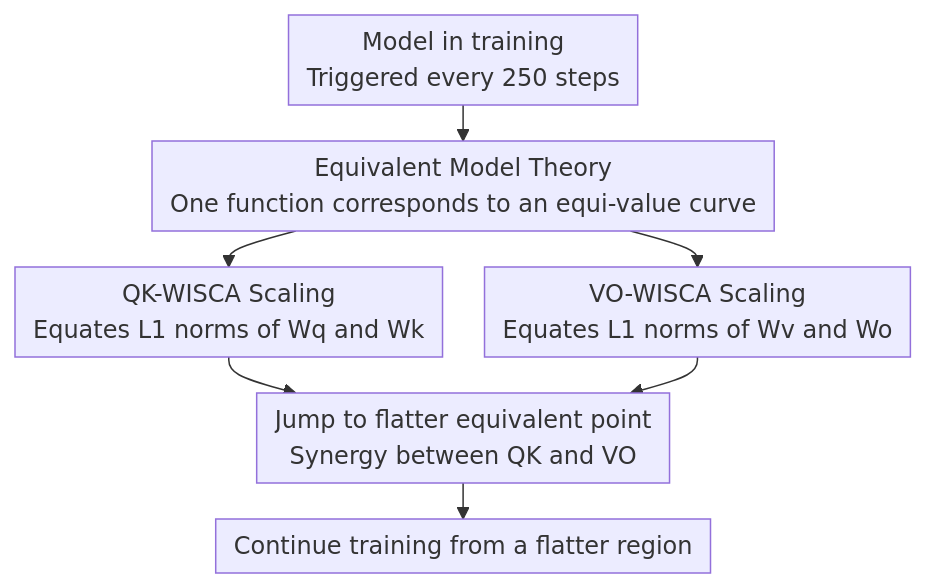
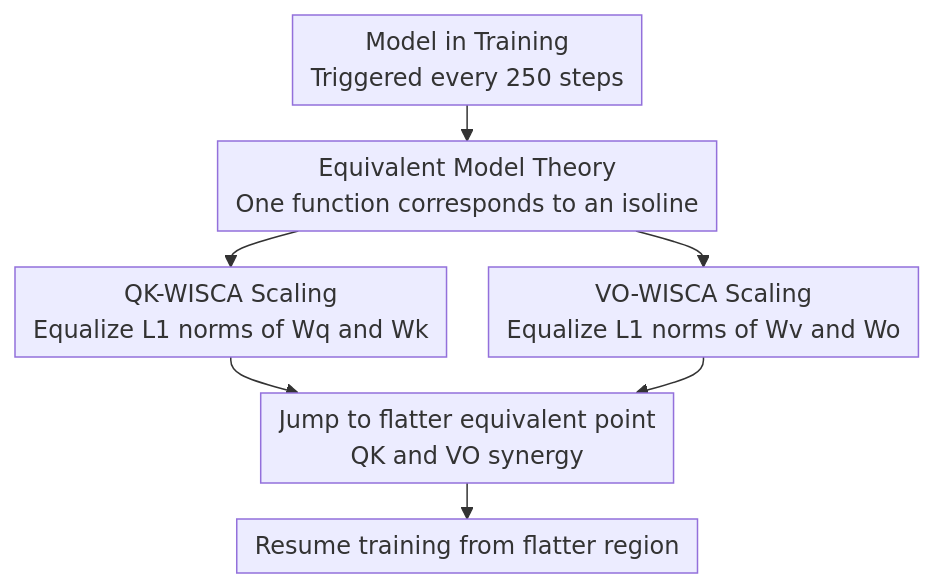
Before and after one commit to zhaoyang97/Paper-Notes-en: the diagram in docs/ACL2026/model_compression/wisca_a_lightweight_model_transition_method_to_improve_llm_training_via_weight_s.md, drawn with Mermaid. The commit also changed other lines of this file and 5084 other files, not shown here.

````diff
--- a/docs/ACL2026/model_compression/wisca_a_lightweight_model_transition_method_to_improve_llm_training_via_weight_s.md
+++ b/docs/ACL2026/model_compression/wisca_a_lightweight_model_transition_method_to_improve_llm_training_via_weight_s.md
@@ -45,10 +45,10 @@
 ```mermaid
 %%{init: {'flowchart': {'rankSpacing': 24, 'nodeSpacing': 28, 'padding': 6, 'wrappingWidth': 400}}}%%
 flowchart TD
-    A["Model in training<br/>Triggered every 250 steps"] --> B["Equivalent Model Theory<br/>One function corresponds to an equi-value curve"]
-    B --> C["QK-WISCA Scaling<br/>Equates L1 norms of Wq and Wk"]
-    B --> D["VO-WISCA Scaling<br/>Equates L1 norms of Wv and Wo"]
-    C --> E["Jump to flatter equivalent point<br/>Synergy between QK and VO"]
+    A["Model in Training<br/>Triggered every 250 steps"] --> B["Equivalent Model Theory<br/>One function corresponds to an isoline"]
+    B --> C["QK-WISCA Scaling<br/>Equalize L1 norms of Wq and Wk"]
+    B --> D["VO-WISCA Scaling<br/>Equalize L1 norms of Wv and Wo"]
+    C --> E["Jump to flatter equivalent point<br/>QK and VO synergy"]
     D --> E
-    E --> F["Continue training from a flatter region"]
+    E --> F["Resume training from flatter region"]
 ```
````
